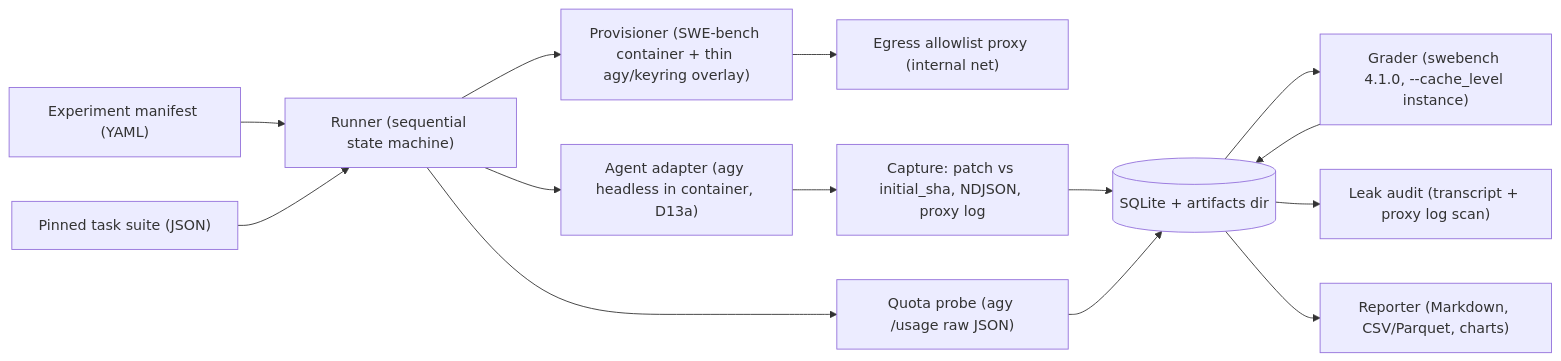
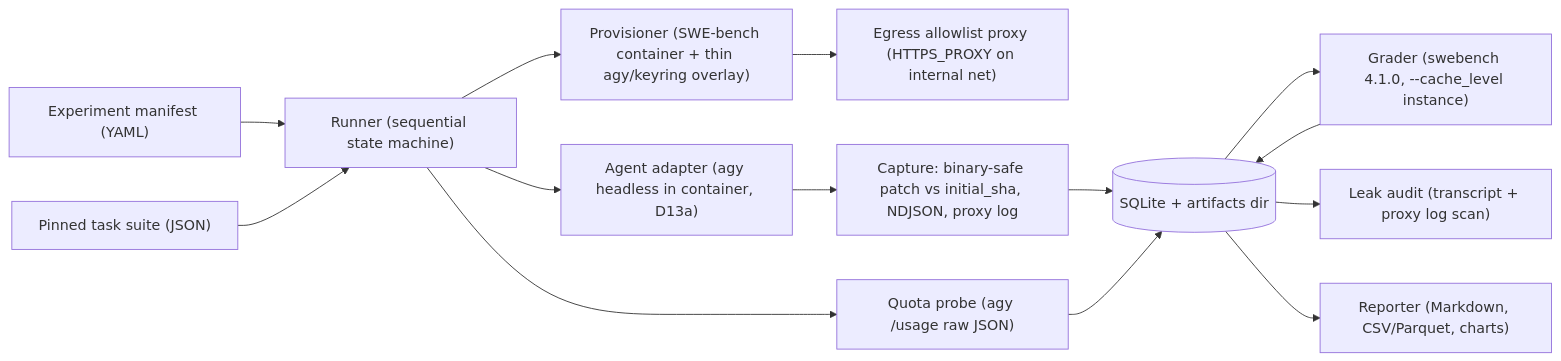
The diagram in docs/implementation_plan.md (data-john/SubscriptionBench), drawn with Mermaid before and after one commit. The commit also changed other lines of this file and 5 other files, not shown here.

````diff
--- a/docs/implementation_plan.md
+++ b/docs/implementation_plan.md
@@ -36,16 +41,16 @@
 ```mermaid
 flowchart LR
     M["Experiment manifest (YAML)"] --> R["Runner (sequential state machine)"]
     S["Pinned task suite (JSON)"] --> R
     R --> P["Provisioner (SWE-bench container + thin agy/keyring overlay)"]
-    P --> X["Egress allowlist proxy (internal net)"]
+    P --> X["Egress allowlist proxy (HTTPS_PROXY on internal net)"]
     R --> Q["Quota probe (agy /usage raw JSON)"]
     R --> A["Agent adapter (agy headless in container, D13a)"]
-    A --> C["Capture: patch vs initial_sha, NDJSON, proxy log"]
+    A --> C["Capture: binary-safe patch vs initial_sha, NDJSON, proxy log"]
     C --> DB[("SQLite + artifacts dir")]
     Q --> DB
     DB --> G["Grader (swebench 4.1.0, --cache_level instance)"]
     G --> DB
     DB --> AU["Leak audit (transcript + proxy log scan)"]
     DB --> RP["Reporter (Markdown, CSV/Parquet, charts)"]
 ```
````
